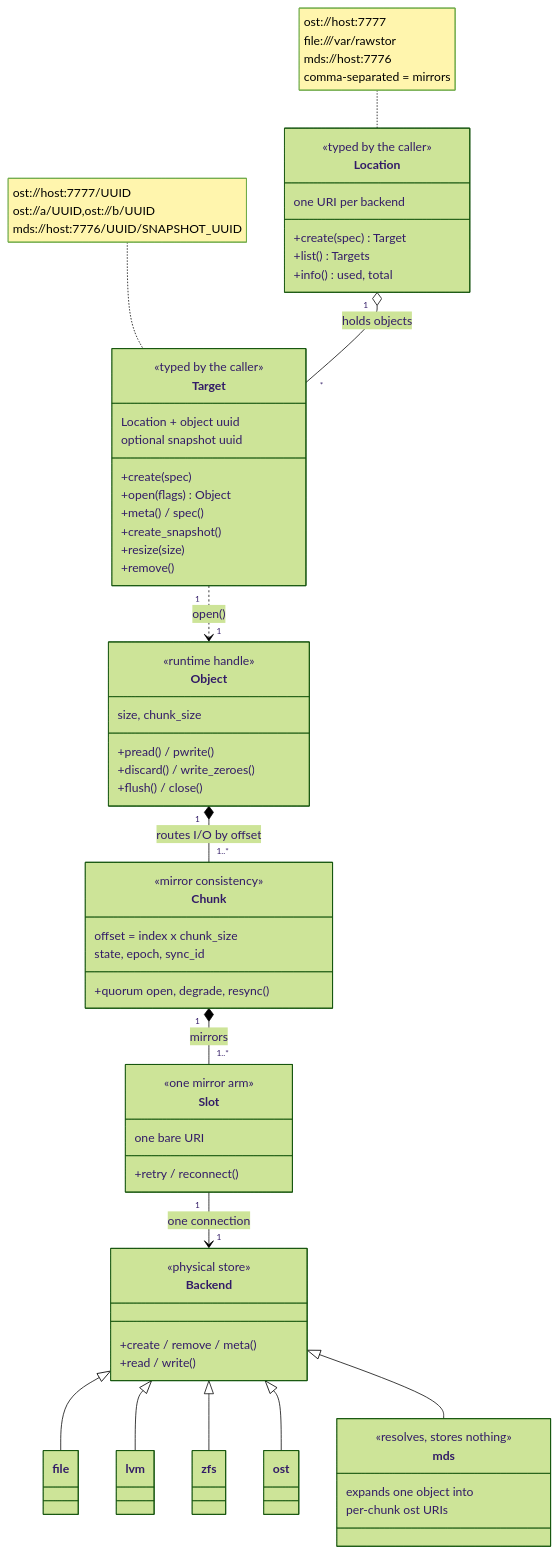
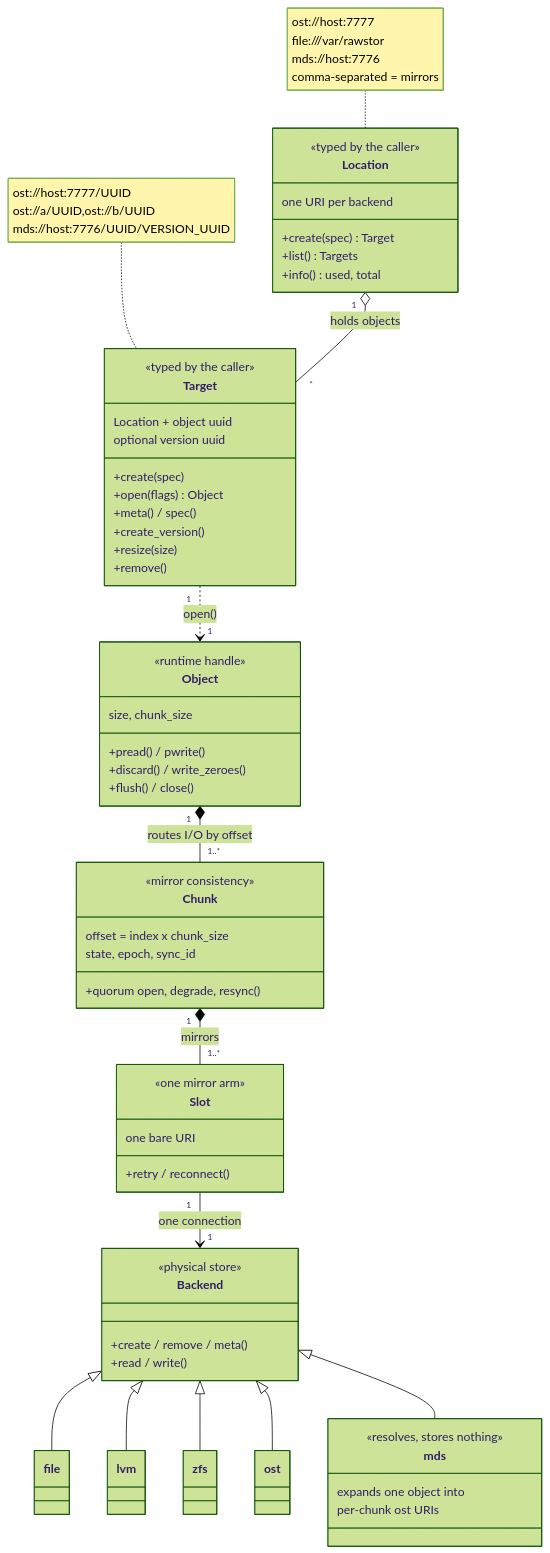
Before and after one commit to rawstor/librawstor: the first of 2 diagrams in docs/concepts.md, drawn with Mermaid (forest theme). The commit also changed other lines of this file and 60 other files, not shown here.

First line of the commit message:
ref: rename snapshot to version (#658)

````diff
--- a/docs/concepts.md
+++ b/docs/concepts.md
@@ -44,67 +44,67 @@
 ```mermaid
 classDiagram
     direction TB
     Location "1" o-- "*" Target : holds objects
     Target "1" ..> "1" Object : open()
     Object "1" *-- "1..*" Chunk : routes I/O by offset
     Chunk "1" *-- "1..*" Slot : mirrors
     Slot "1" --> "1" Backend : one connection
     Backend <|-- file
     Backend <|-- lvm
     Backend <|-- zfs
     Backend <|-- ost
     Backend <|-- mds
     class Location {
       <<typed by the caller>>
       one URI per backend
       +create(spec) Target
       +list() Targets
       +info() used, total
     }
     class Target {
       <<typed by the caller>>
       Location + object uuid
-      optional snapshot uuid
+      optional version uuid
       +create(spec)
       +open(flags) Object
       +meta() / spec()
-      +create_snapshot()
+      +create_version()
       +resize(size)
       +remove()
     }
     class Object {
       <<runtime handle>>
       size, chunk_size
       +pread() / pwrite()
       +discard() / write_zeroes()
       +flush() / close()
     }
     class Chunk {
       <<mirror consistency>>
       offset = index x chunk_size
       state, epoch, sync_id
       +quorum open, degrade, resync()
     }
     class Slot {
       <<one mirror arm>>
       one bare URI
       +retry / reconnect()
     }
     class Backend {
       <<physical store>>
       +create / remove / meta()
       +read / write()
     }
     class mds {
       <<resolves, stores nothing>>
       expands one object into
       per-chunk ost URIs
     }
     note for Location "ost://host:7777
     file:///var/rawstor
     mds://host:7776
     comma-separated = mirrors"
     note for Target "ost://host:7777/UUID
     ost://a/UUID,ost://b/UUID
-    mds://host:7776/UUID/SNAPSHOT_UUID"
+    mds://host:7776/UUID/VERSION_UUID"
 ```
````
